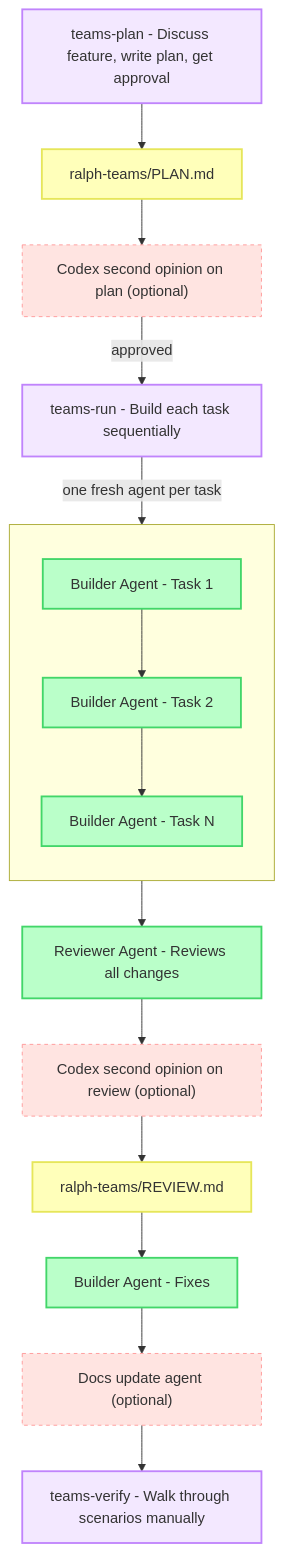
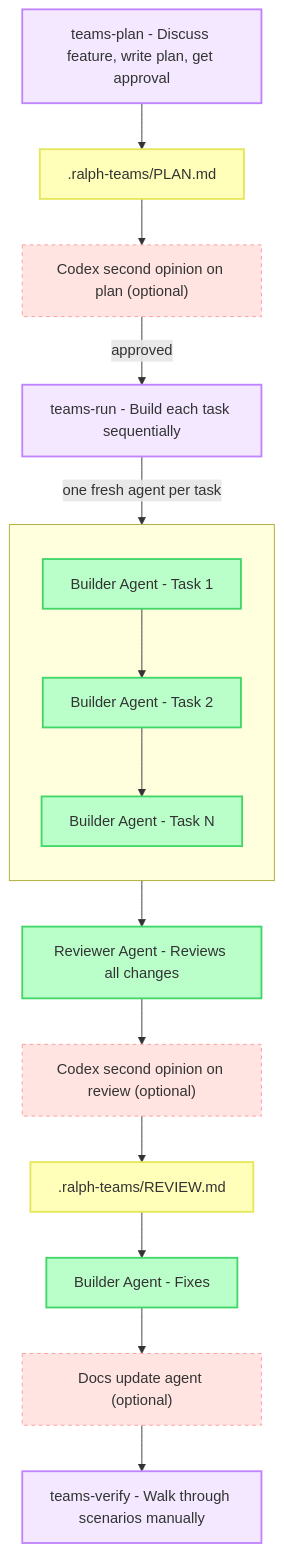
The diagram in FLOW.md (tuansondinh/ralph-teams-codex), drawn with Mermaid before and after one commit. The commit also changed 9 other files, not shown here.

Commit message:
chore: bump version to 1.0.39, use .ralph-teams/ hidden artifacts dir

````diff
--- a/FLOW.md
+++ b/FLOW.md
@@ -3,45 +3,45 @@
 ```mermaid
 flowchart TD
     classDef user fill:#ffdfba,stroke:#ffb347,stroke-width:2px,color:#333
     classDef orch fill:#bae1ff,stroke:#5facff,stroke-width:2px,color:#333
     classDef agent fill:#baffc9,stroke:#42d669,stroke-width:2px,color:#333
     classDef doc fill:#ffffba,stroke:#e6e65a,stroke-width:2px,color:#333
     classDef cmd fill:#f3e8ff,stroke:#c084fc,stroke-width:2px,color:#333
     classDef optional fill:#ffe4e1,stroke:#ff9999,stroke-width:1px,stroke-dasharray:4,color:#333
 
     P1["teams-plan - Discuss feature, write plan, get approval"]:::cmd
-    P["ralph-teams/PLAN.md"]:::doc
+    P[".ralph-teams/PLAN.md"]:::doc
     CX1["Codex second opinion on plan (optional)"]:::optional
 
     P1 --> P
     P --> CX1
 
     P2["teams-run - Build each task sequentially"]:::cmd
 
     CX1 -->|"approved"| P2
 
     subgraph Build[" "]
         direction TB
         B1["Builder Agent - Task 1"]:::agent
         B2["Builder Agent - Task 2"]:::agent
         BN["Builder Agent - Task N"]:::agent
         B1 --> B2 --> BN
     end
 
     P2 -->|"one fresh agent per task"| Build
 
     R["Reviewer Agent - Reviews all changes"]:::agent
     CX2["Codex second opinion on review (optional)"]:::optional
-    REV["ralph-teams/REVIEW.md"]:::doc
+    REV[".ralph-teams/REVIEW.md"]:::doc
     BF["Builder Agent - Fixes"]:::agent
     DOCS["Docs update agent (optional)"]:::optional
 
     Build --> R
     R --> CX2
     CX2 --> REV
     REV --> BF
     BF --> DOCS
 
     P3["teams-verify - Walk through scenarios manually"]:::cmd
     DOCS --> P3
 ```
````
